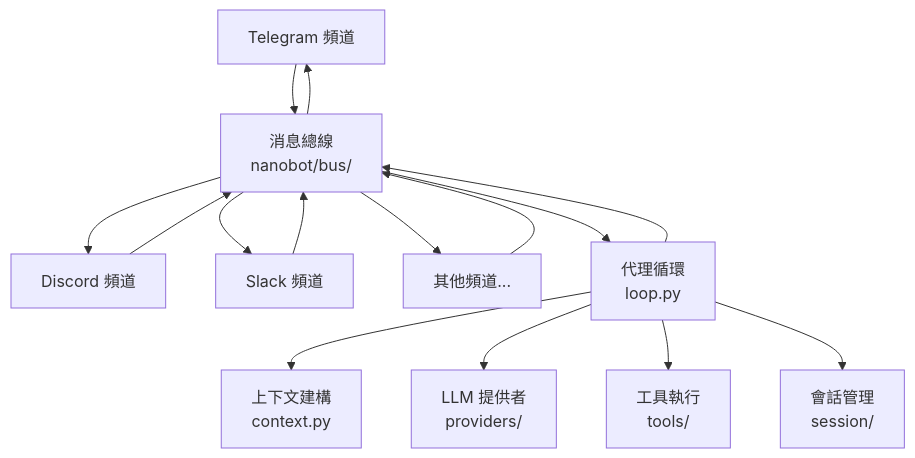
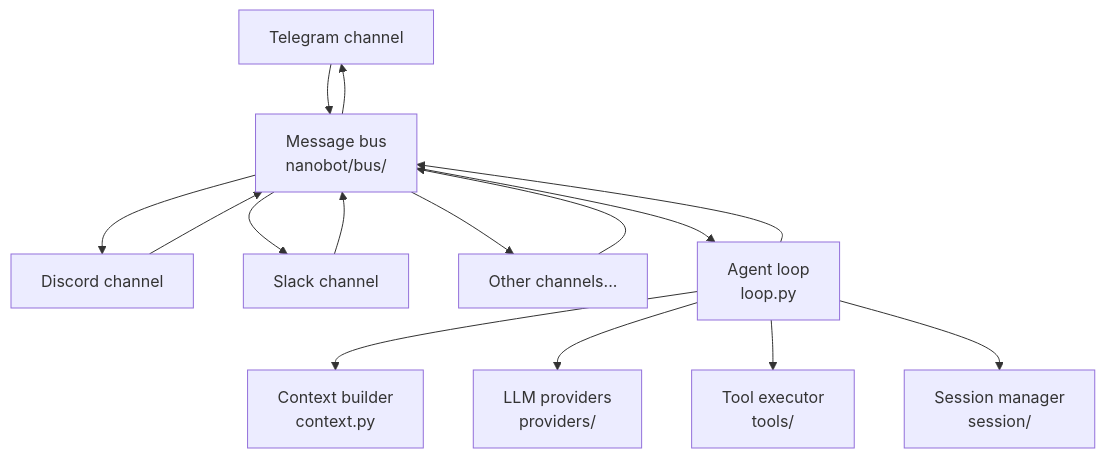
Before and after one commit to HKUDS/nanobot: the diagram in docs/deployment/gateway.md, drawn with Mermaid. The commit also changed other lines of this file and 160 other files, not shown here.

````diff
--- a/docs/deployment/gateway.md
+++ b/docs/deployment/gateway.md
@@ -17,20 +17,20 @@
 ```mermaid
 flowchart TD
-    TG[Telegram 頻道] --> BUS
-    DC[Discord 頻道] --> BUS
-    SL[Slack 頻道] --> BUS
-    OT[其他頻道...] --> BUS
+    TG[Telegram channel] --> BUS
+    DC[Discord channel] --> BUS
+    SL[Slack channel] --> BUS
+    OT[Other channels...] --> BUS
 
-    BUS[消息總線\nnanobot/bus/] --> LOOP
+    BUS[Message bus\nnanobot/bus/] --> LOOP
 
-    LOOP[代理循環\nloop.py] --> CTX[上下文建構\ncontext.py]
-    LOOP --> LLM[LLM 提供者\nproviders/]
-    LOOP --> TOOLS[工具執行\ntools/]
-    LOOP --> SESSION[會話管理\nsession/]
+    LOOP[Agent loop\nloop.py] --> CTX[Context builder\ncontext.py]
+    LOOP --> LLM[LLM providers\nproviders/]
+    LOOP --> TOOLS[Tool executor\ntools/]
+    LOOP --> SESSION[Session manager\nsession/]
 
     LOOP --> BUS
     BUS --> TG
     BUS --> DC
     BUS --> SL
     BUS --> OT
 ```
````
